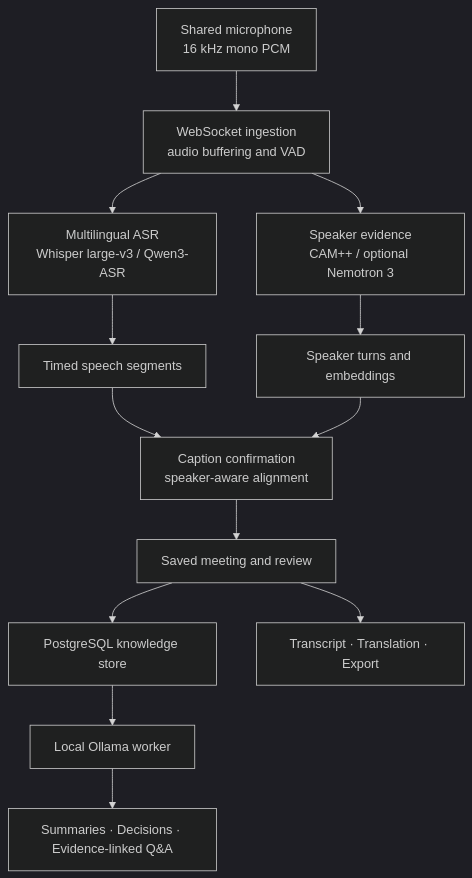
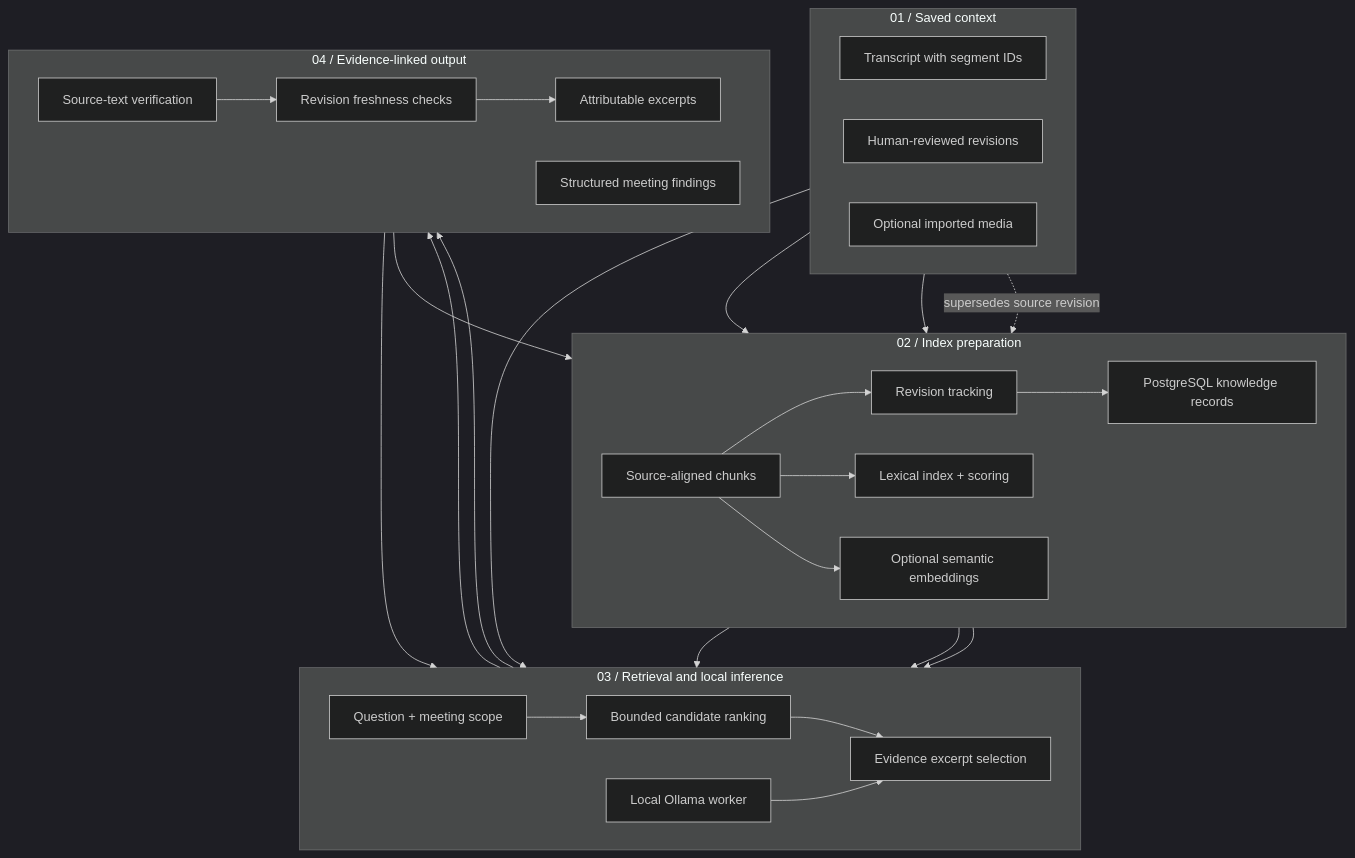
Before and after one commit to hwspen7/Synodos: the third of 3 diagrams in README.md, drawn with Mermaid (dark theme). The commit also changed other lines of this file, not shown here.

Commit message:
docs: expand Synodos engineering architecture and evidence flow

```diff
--- a/README.md
+++ b/README.md
@@ -91,15 +307,52 @@
 ~~~mermaid
-flowchart TD
-    A["Shared microphone<br/>16 kHz mono PCM"] --> B["WebSocket ingestion<br/>audio buffering and VAD"]
-    B --> C["Multilingual ASR<br/>Whisper large-v3 / Qwen3-ASR"]
-    B --> D["Speaker evidence<br/>CAM++ / optional Nemotron 3"]
-    C --> E["Timed speech segments"]
-    D --> F["Speaker turns and embeddings"]
-    E --> G["Caption confirmation<br/>speaker-aware alignment"]
-    F --> G
-    G --> H["Saved meeting and review"]
-    H --> I["PostgreSQL knowledge store"]
-    I --> J["Local Ollama worker"]
-    J --> K["Summaries · Decisions · Evidence-linked Q&A"]
-    H --> L["Transcript · Translation · Export"]
+flowchart TB
+  subgraph SOURCE["01 / Saved context"]
+    direction LR
+    MEET["Transcript with segment IDs"]
+    REVIEW["Human-reviewed revisions"]
+    MEDIA["Optional imported media"]
+  end
+
+  subgraph PREP["02 / Index preparation"]
+    direction LR
+    CHUNK["Source-aligned chunks"]
+    VERSION["Revision tracking"]
+    LEX["Lexical index + scoring"]
+    EMB["Optional semantic embeddings"]
+    PG["PostgreSQL knowledge records"]
+    CHUNK --> VERSION --> PG
+    CHUNK --> LEX
+    CHUNK --> EMB
+  end
+
+  subgraph QUERY["03 / Retrieval and local inference"]
+    direction LR
+    SCOPE["Question + meeting scope"]
+    RANK["Bounded candidate ranking"]
+    LLM["Local Ollama worker"]
+    SELECT["Evidence excerpt selection"]
+    SCOPE --> RANK --> SELECT
+    LLM --> SELECT
+  end
+
+  subgraph OUTPUT["04 / Evidence-linked output"]
+    direction LR
+    VERIFY["Source-text verification"]
+    FRESH["Revision freshness checks"]
+    EXCERPT["Attributable excerpts"]
+    ART["Structured meeting findings"]
+    VERIFY --> FRESH --> EXCERPT
+  end
+
+  MEET --> CHUNK
+  MEDIA --> CHUNK
+  REVIEW -. "supersedes source revision" .-> VERSION
+  PG --> RANK
+  LEX --> RANK
+  EMB --> RANK
+  SELECT --> VERIFY
+  MEET --> LLM
+  LLM --> ART
+  ART --> PG
+  EXCERPT --> SCOPE
 ~~~
```
